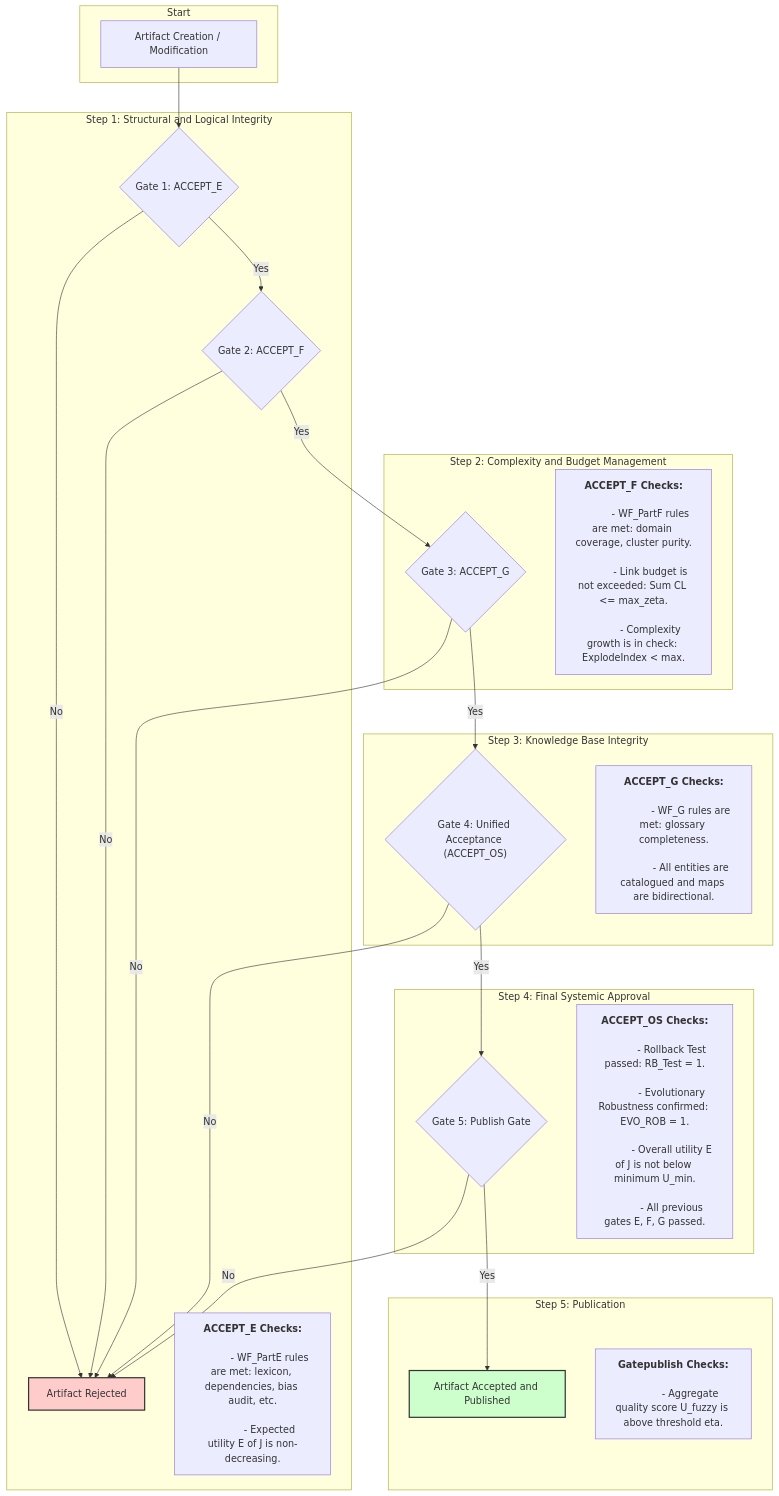
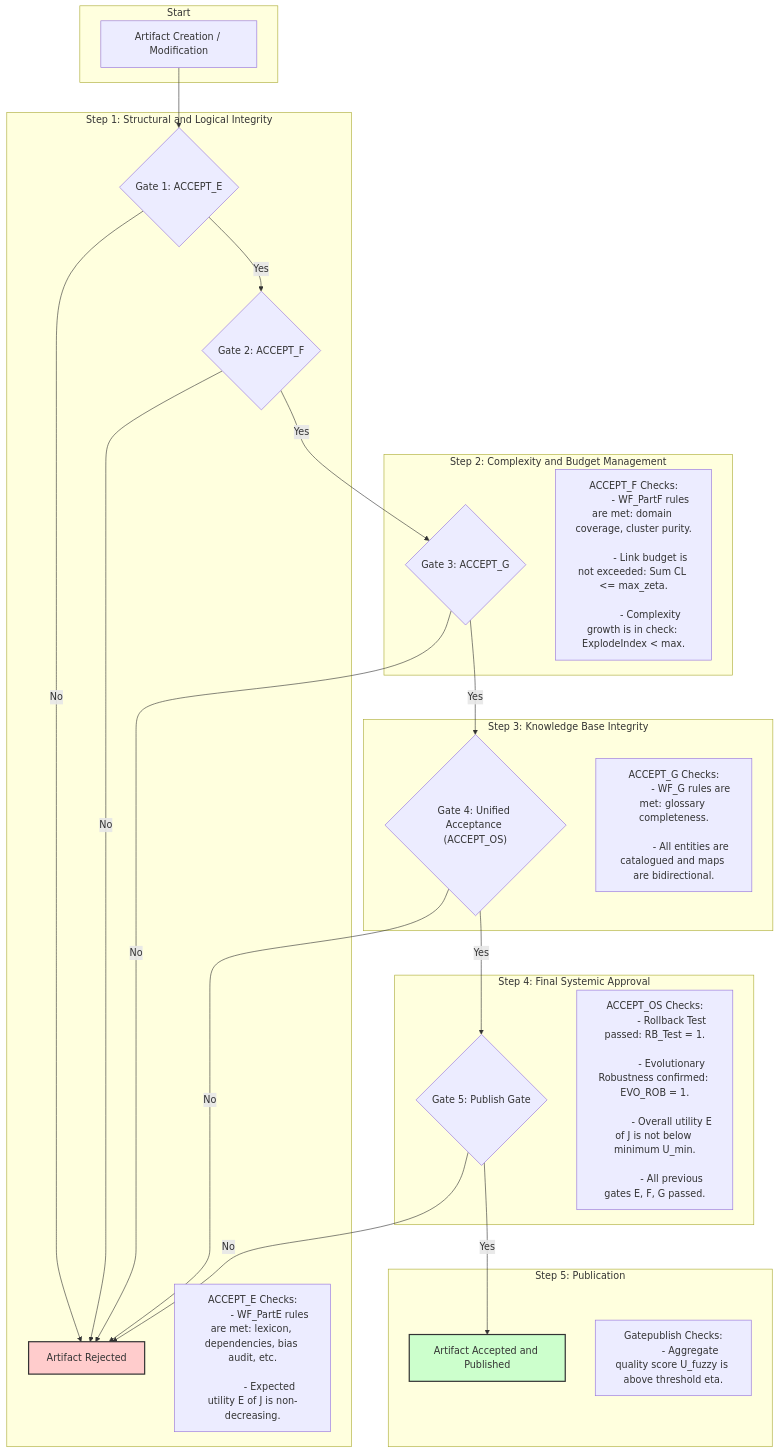
Before and after one commit to Pratar/GIOS: the diagram in README.md, drawn with Mermaid. The commit also changed other lines of this file and 2 other files, not shown here.

````diff
--- a/README.md
+++ b/README.md
@@ -20,68 +24,68 @@
 ```mermaid
 graph TD
     subgraph "Start"
         A[Artifact Creation / Modification]
     end
 
     A --> GateE{"Gate 1: ACCEPT_E"};
 
     subgraph "Step 1: Structural and Logical Integrity"
         GateE -- Yes --> GateF{"Gate 2: ACCEPT_F"};
         GateE -- No --> Reject["Artifact Rejected"];
         
         DetailsE[
-            <b>ACCEPT_E Checks:</b><br/>
+            ACCEPT_E Checks:
             - WF_PartE rules are met: lexicon, dependencies, bias audit, etc.<br/>
             - Expected utility E of J is non-decreasing.
         ]
     end
 
     subgraph "Step 2: Complexity and Budget Management"
         GateF -- Yes --> GateG{"Gate 3: ACCEPT_G"};
         GateF -- No --> Reject;
 
         DetailsF[
-            <b>ACCEPT_F Checks:</b><br/>
+            ACCEPT_F Checks:
             - WF_PartF rules are met: domain coverage, cluster purity.<br/>
             - Link budget is not exceeded: Sum CL <= max_zeta.<br/>
             - Complexity growth is in check: ExplodeIndex < max.
         ]
     end
 
     subgraph "Step 3: Knowledge Base Integrity"
         GateG -- Yes --> GateOS{"Gate 4: Unified Acceptance (ACCEPT_OS)"};
         GateG -- No --> Reject;
 
         DetailsG[
-            <b>ACCEPT_G Checks:</b><br/>
+            ACCEPT_G Checks:
             - WF_G rules are met: glossary completeness.<br/>
             - All entities are catalogued and maps are bidirectional.
         ]
     end
 
     subgraph "Step 4: Final Systemic Approval"
         GateOS -- Yes --> GatePub{"Gate 5: Publish Gate"};
         GateOS -- No --> Reject;
 
         DetailsOS[
-            <b>ACCEPT_OS Checks:</b><br/>
+            ACCEPT_OS Checks:
             - Rollback Test passed: RB_Test = 1.<br/>
             - Evolutionary Robustness confirmed: EVO_ROB = 1.<br/>
             - Overall utility E of J is not below minimum U_min.<br/>
             - All previous gates E, F, G passed.
         ]
     end
     
     subgraph "Step 5: Publication"
         GatePub -- Yes --> Accept["Artifact Accepted and Published"];
         GatePub -- No --> Reject;
 
         DetailsPub[
-            <b>Gatepublish Checks:</b><br/>
+            Gatepublish Checks:
             - Aggregate quality score U_fuzzy is above threshold eta.
         ]
     end
 
     style Reject fill:#ffcccc,stroke:#333,stroke-width:2px
     style Accept fill:#ccffcc,stroke:#333,stroke-width:2px
 ```
````
